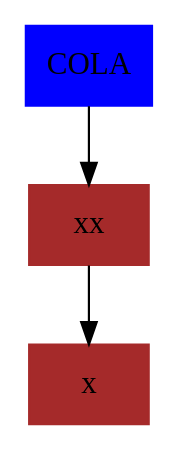
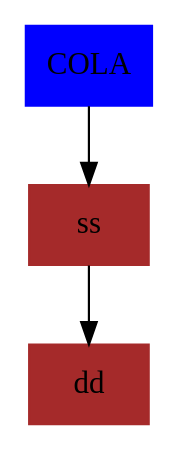
One commit to JulioR123/Practica1s12015_200915080 changed the diagram in lista4.dot. Above: the diagram before and after it, drawn with Graphviz. The commit also changed 13 other files, not shown here.

```diff
--- a/lista4.dot
+++ b/lista4.dot
@@ -1,1 +1,1 @@
-digraph G {  COLA -> xx;COLA[shape=box,color=blue, style=filled]xx[shape=box,color=brown, style=filled]xx -> x;x[shape=box,color=brown, style=filled]}
+digraph G {  COLA -> ss;COLA[shape=box,color=blue, style=filled]ss[shape=box,color=brown, style=filled]ss -> dd;dd[shape=box,color=brown, style=filled]}
```
